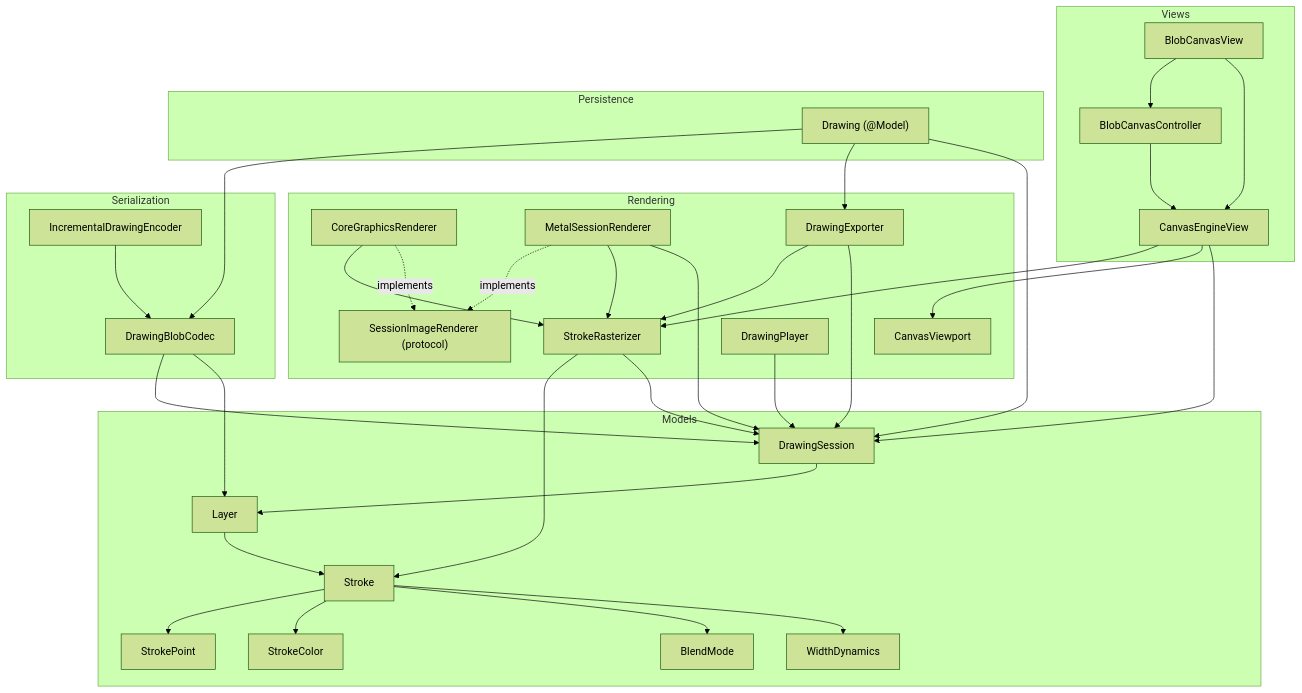
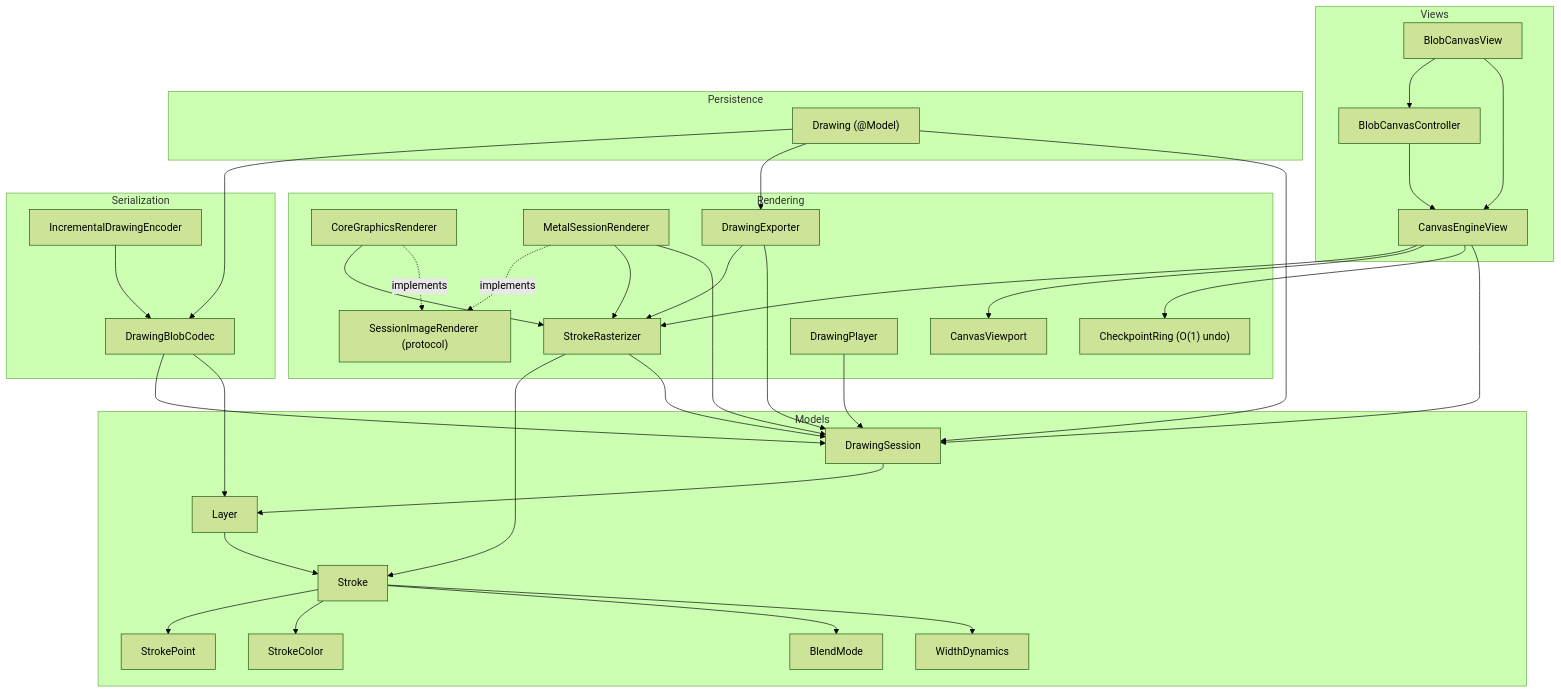
Before and after one commit to letbakty/BlobCanvas: the diagram in Documentation/ARCHITECTURE.md, drawn with Mermaid (forest theme). The commit also changed other lines of this file and 9 other files, not shown here.

````diff
--- a/Documentation/ARCHITECTURE.md
+++ b/Documentation/ARCHITECTURE.md
@@ -33,66 +33,68 @@
 ```mermaid
 graph TD
     subgraph Views
         BlobCanvasView
         BlobCanvasController
         CanvasEngineView
     end
     subgraph Persistence
         Drawing["Drawing (@Model)"]
     end
     subgraph Rendering
         StrokeRasterizer
         SessionImageRenderer["SessionImageRenderer (protocol)"]
         CoreGraphicsRenderer
         MetalSessionRenderer
         CanvasViewport
+        CheckpointRing["CheckpointRing (O(1) undo)"]
         DrawingExporter
         DrawingPlayer
     end
     subgraph Serialization
         DrawingBlobCodec
         IncrementalDrawingEncoder
     end
     subgraph Models
         DrawingSession
         Layer
         Stroke
         StrokePoint
         StrokeColor
         BlendMode
         WidthDynamics
     end
 
     BlobCanvasView --> BlobCanvasController
     BlobCanvasView --> CanvasEngineView
     BlobCanvasController --> CanvasEngineView
     CanvasEngineView --> StrokeRasterizer
     CanvasEngineView --> CanvasViewport
+    CanvasEngineView --> CheckpointRing
     CanvasEngineView --> DrawingSession
 
     Drawing --> DrawingBlobCodec
     Drawing --> DrawingExporter
     Drawing --> DrawingSession
 
     DrawingExporter --> StrokeRasterizer
     DrawingExporter --> DrawingSession
     DrawingPlayer --> DrawingSession
     CoreGraphicsRenderer --> StrokeRasterizer
     CoreGraphicsRenderer -.implements.-> SessionImageRenderer
     MetalSessionRenderer -.implements.-> SessionImageRenderer
     MetalSessionRenderer --> StrokeRasterizer
     MetalSessionRenderer --> DrawingSession
     StrokeRasterizer --> Stroke
     StrokeRasterizer --> DrawingSession
 
     IncrementalDrawingEncoder --> DrawingBlobCodec
     DrawingBlobCodec --> DrawingSession
     DrawingBlobCodec --> Layer
 
     DrawingSession --> Layer
     Layer --> Stroke
     Stroke --> StrokePoint
     Stroke --> StrokeColor
     Stroke --> BlendMode
     Stroke --> WidthDynamics
 ```
````
